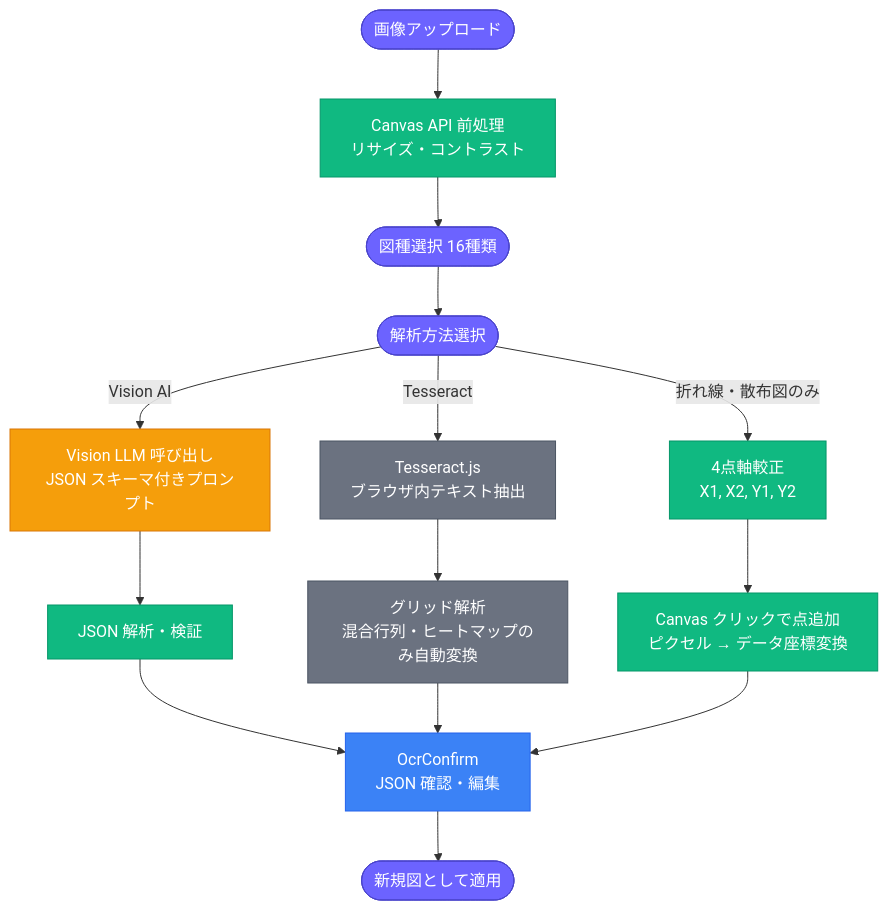
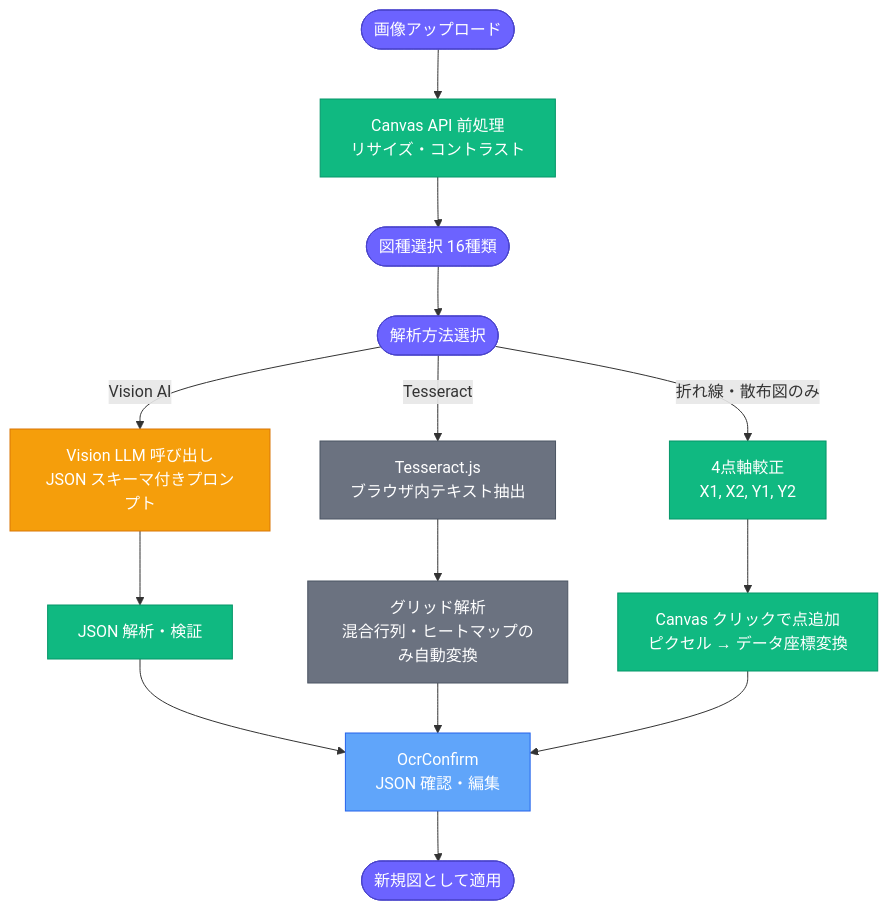
One commit to Axe0320/latex-research-toolkit changed the second of 3 diagrams in docs/architecture/chart.md. Above: the diagram before and after it, drawn with Mermaid. The commit also changed other lines of this file and 4 other files, not shown here.

First line of the commit message:
モジュール別アーキテクチャ図の矢印不具合を修正し内容を拡充

````diff
--- a/docs/architecture/chart.md
+++ b/docs/architecture/chart.md
@@ -58,40 +66,40 @@
 ```mermaid
 flowchart TD
     classDef ui    fill:#6C63FF,color:#fff,stroke:#4a44cc
     classDef proc  fill:#10B981,color:#fff,stroke:#059669
     classDef ai    fill:#F59E0B,color:#fff,stroke:#D97706
     classDef local fill:#6B7280,color:#fff,stroke:#4B5563
-    classDef edit  fill:#3B82F6,color:#fff,stroke:#2563EB
+    classDef edit  fill:#60A5FA,color:#fff,stroke:#2563EB
 
     UP([画像アップロード]):::ui
     PRE["Canvas API 前処理<br/>リサイズ・コントラスト"]:::proc
     TYPE([図種選択 16種類]):::ui
     PROV([解析方法選択]):::ui
 
     UP --> PRE
     PRE --> TYPE --> PROV
 
     PROV -->|"Vision AI"| VISION
     PROV -->|"Tesseract"| TESS
     PROV -->|"折れ線・散布図のみ"| CALIB
 
     VISION["Vision LLM 呼び出し<br/>JSON スキーマ付きプロンプト"]:::ai
     PARSE["JSON 解析・検証"]:::proc
     VISION --> PARSE
 
     TESS["Tesseract.js<br/>ブラウザ内テキスト抽出"]:::local
     GRID["グリッド解析<br/>混合行列・ヒートマップのみ自動変換"]:::local
     TESS --> GRID
 
     CALIB["4点軸較正<br/>X1, X2, Y1, Y2"]:::proc
     CLICK["Canvas クリックで点追加<br/>ピクセル → データ座標変換"]:::proc
     CALIB --> CLICK
 
     CONFIRM["OcrConfirm<br/>JSON 確認・編集"]:::edit
     APPLY([新規図として適用]):::ui
 
     PARSE --> CONFIRM
     GRID  --> CONFIRM
     CLICK --> CONFIRM
     CONFIRM --> APPLY
 ```
````
